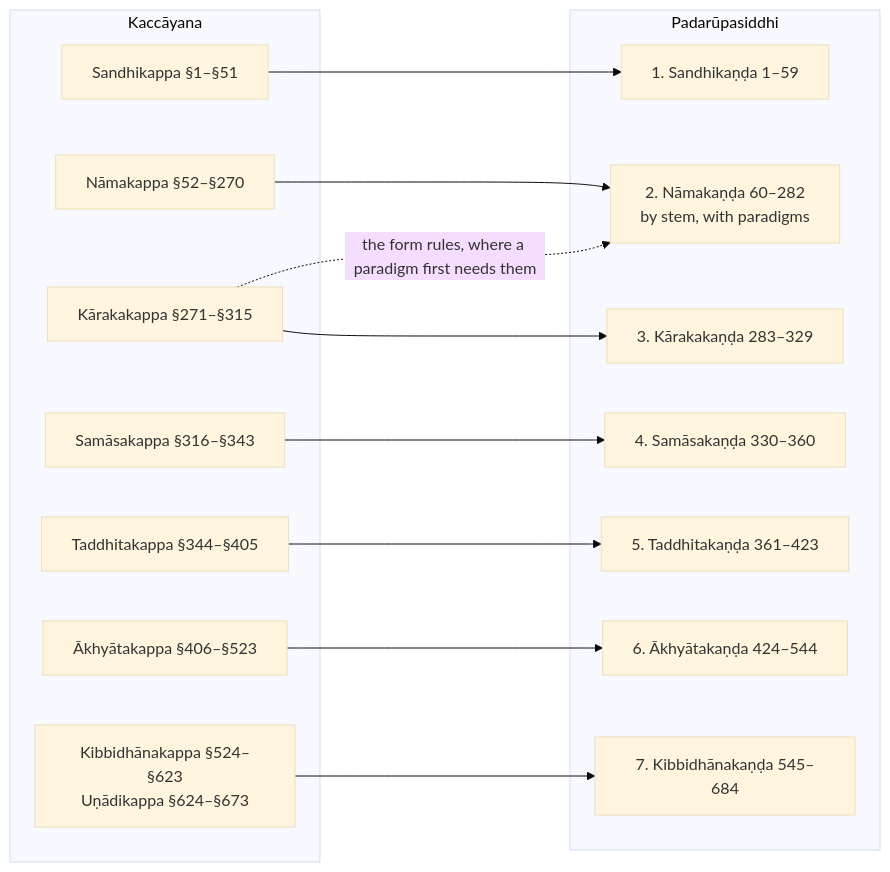
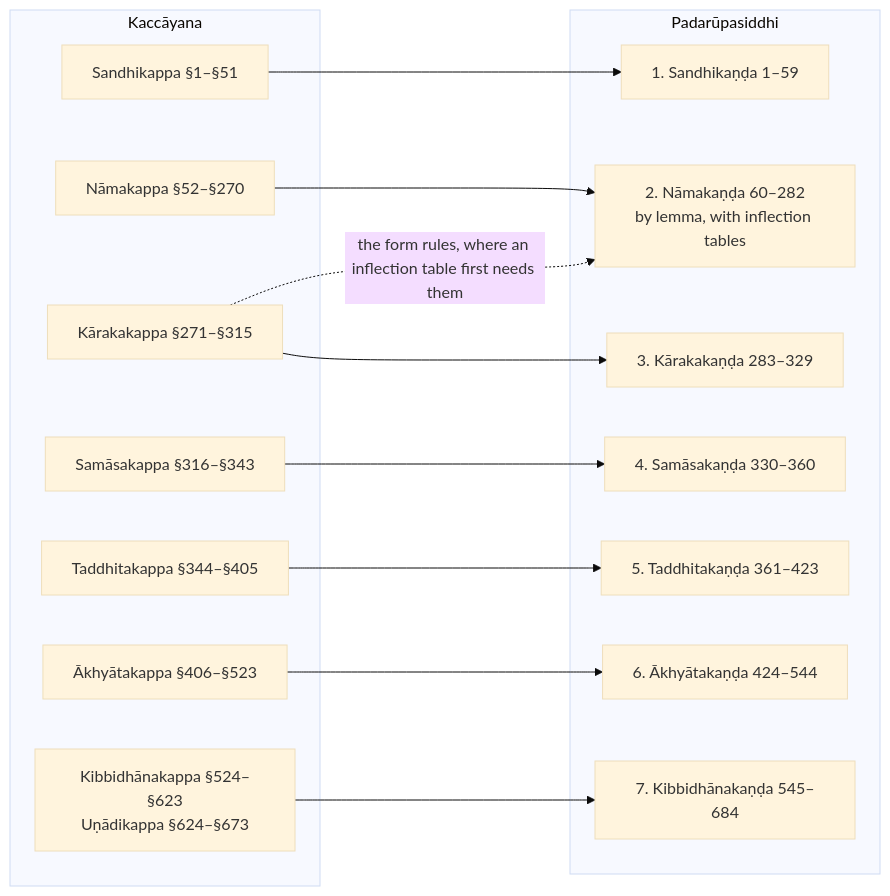
Before and after one commit to kaccayana/kaccayana.github.io: the second of 2 diagrams in src/content/docs/rupasiddhi/index.mdx, drawn with Mermaid (base theme). The commit also changed other lines of this file and 24 other files, not shown here.

First line of the commit message:
fix(content): readable grammar-book English on the Pulliṅga page; "inflection table" for "paradigm"

````diff
--- a/src/content/docs/rupasiddhi/index.mdx
+++ b/src/content/docs/rupasiddhi/index.mdx
@@ -82,29 +82,29 @@
 ```mermaid
 flowchart LR
   subgraph K["Kaccāyana"]
     K1["Sandhikappa §1–§51"]
     K2["Nāmakappa §52–§270"]
     K3["Kārakakappa §271–§315"]
     K4["Samāsakappa §316–§343"]
     K5["Taddhitakappa §344–§405"]
     K6["Ākhyātakappa §406–§523"]
     K7["Kibbidhānakappa §524–§623<br/>Uṇādikappa §624–§673"]
   end
   subgraph R["Padarūpasiddhi"]
     R1["1. Sandhikaṇḍa 1–59"]
-    R2["2. Nāmakaṇḍa 60–282<br/>by stem, with paradigms"]
+    R2["2. Nāmakaṇḍa 60–282<br/>by lemma, with inflection tables"]
     R3["3. Kārakakaṇḍa 283–329"]
     R4["4. Samāsakaṇḍa 330–360"]
     R5["5. Taddhitakaṇḍa 361–423"]
     R6["6. Ākhyātakaṇḍa 424–544"]
     R7["7. Kibbidhānakaṇḍa 545–684"]
   end
   K1 --> R1
   K2 --> R2
   K3 --> R3
-  K3 -. "the form rules, where a paradigm first needs them" .-> R2
+  K3 -. "the form rules, where an inflection table first needs them" .-> R2
   K4 --> R4
   K5 --> R5
   K6 --> R6
   K7 --> R7
 ```
````
